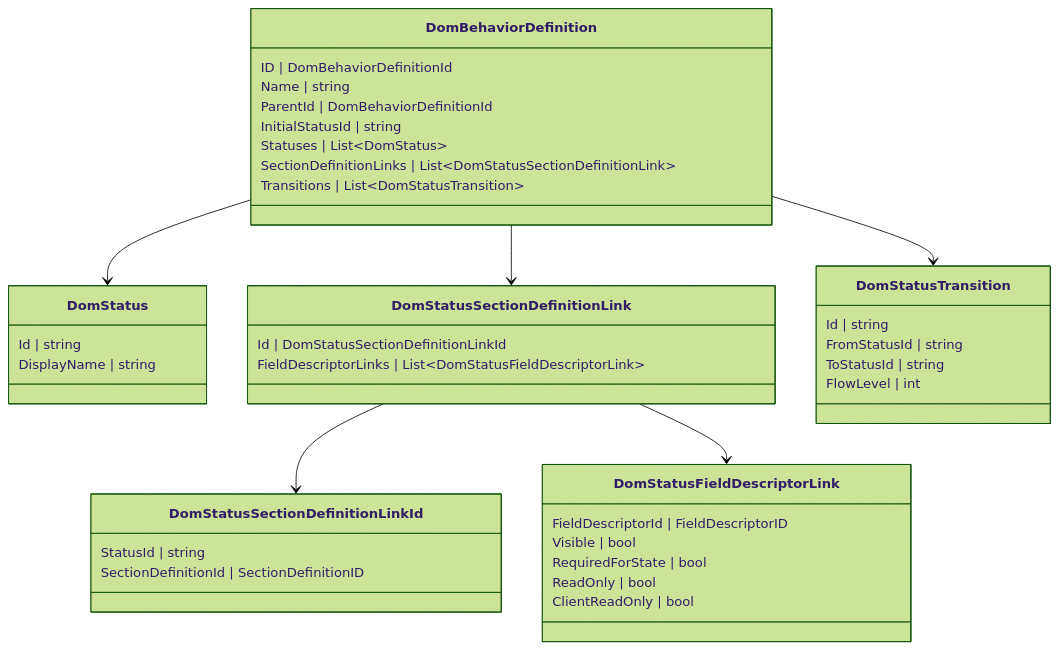
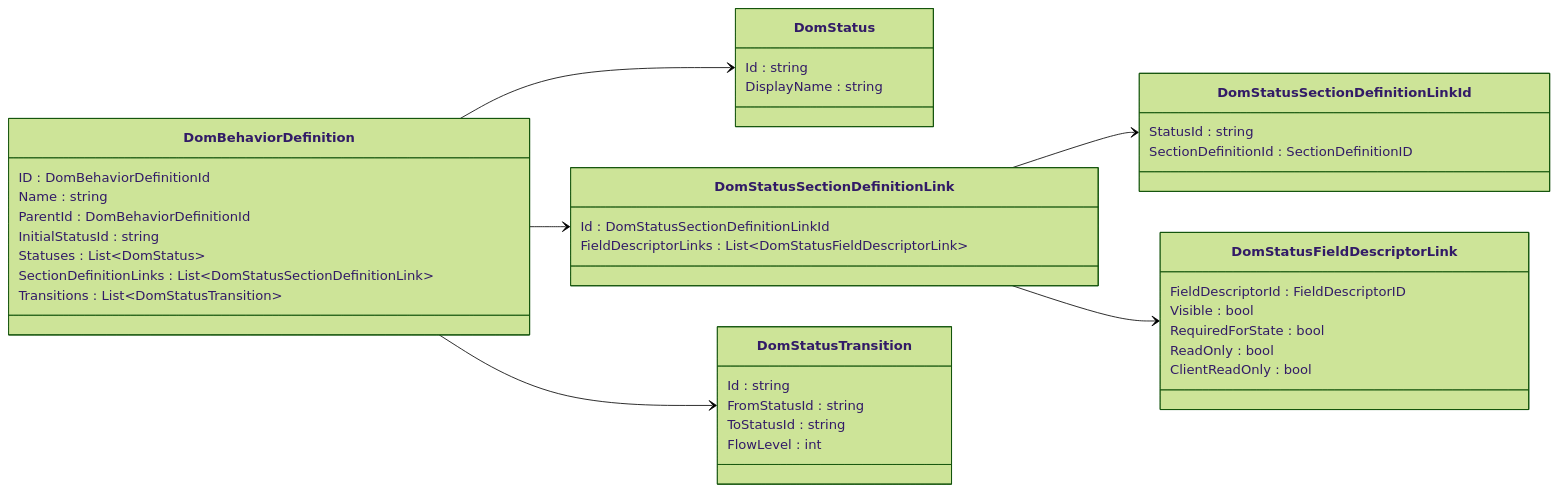
Before and after one commit to SkylineCommunications/dataminer-docs: the diagram in user-guide/Advanced_Modules/DOM/DOM_status_system.md, drawn with Mermaid (forest theme). The commit also changed other lines of this file and 1 other file, not shown here.

Commit message:
Some tweaks to the diagram + changed theme

````diff
--- a/user-guide/Advanced_Modules/DOM/DOM_status_system.md
+++ b/user-guide/Advanced_Modules/DOM/DOM_status_system.md
@@ -13,30 +11,50 @@
 ```mermaid
 classDiagram
+direction LR
+class DomBehaviorDefinition {
+   ID : DomBehaviorDefinitionId
+   Name : string
+   ParentId : DomBehaviorDefinitionId
+   InitialStatusId : string
+   Statuses : List~DomStatus~
+   SectionDefinitionLinks : List~DomStatusSectionDefinitionLink~
+   Transitions : List~DomStatusTransition~
+}
+
+class DomStatus {
+   Id : string
+   DisplayName : string
+}
+
+class DomStatusSectionDefinitionLink {
+   Id : DomStatusSectionDefinitionLinkId
+   FieldDescriptorLinks : List~DomStatusFieldDescriptorLink~
+}
+
+class DomStatusTransition {
+   Id : string
+   FromStatusId : string
+   ToStatusId : string
+   FlowLevel : int
+
+}
+
+class DomStatusSectionDefinitionLinkId {
+   StatusId : string
+   SectionDefinitionId : SectionDefinitionID
+}
+
+class DomStatusFieldDescriptorLink {
+   FieldDescriptorId : FieldDescriptorID
+   Visible : bool
+   RequiredForState : bool
+   ReadOnly : bool
+   ClientReadOnly : bool
+}
+
 DomBehaviorDefinition --> DomStatus
 DomBehaviorDefinition --> DomStatusSectionDefinitionLink
 DomBehaviorDefinition --> DomStatusTransition
 DomStatusSectionDefinitionLink --> DomStatusSectionDefinitionLinkId
-DomStatusSectionDefinitionLink --> DomStatusFieldDescriptorLink
-DomBehaviorDefinition : ID | DomBehaviorDefinitionId
-DomBehaviorDefinition : Name | string
-DomBehaviorDefinition : ParentId | DomBehaviorDefinitionId
-DomBehaviorDefinition : InitialStatusId | string
-DomBehaviorDefinition : Statuses | List~DomStatus~
-DomBehaviorDefinition : SectionDefinitionLinks | List~DomStatusSectionDefinitionLink~
-DomBehaviorDefinition : Transitions | List~DomStatusTransition~
-DomStatus : Id | string
-DomStatus : DisplayName | string
-DomStatusSectionDefinitionLink : Id | DomStatusSectionDefinitionLinkId
-DomStatusSectionDefinitionLink : FieldDescriptorLinks | List~DomStatusFieldDescriptorLink~
-DomStatusTransition : Id | string 
-DomStatusTransition : FromStatusId | string 
-DomStatusTransition : ToStatusId | string 
-DomStatusTransition : FlowLevel | int 
-DomStatusSectionDefinitionLinkId : StatusId | string
-DomStatusSectionDefinitionLinkId : SectionDefinitionId | SectionDefinitionID
-DomStatusFieldDescriptorLink : FieldDescriptorId | FieldDescriptorID
-DomStatusFieldDescriptorLink : Visible | bool
-DomStatusFieldDescriptorLink : RequiredForState | bool
-DomStatusFieldDescriptorLink : ReadOnly | bool
-DomStatusFieldDescriptorLink : ClientReadOnly | bool
+DomStatusSectionDefinitionLink --> DomStatusFieldDescriptorLink 
 ```
````
